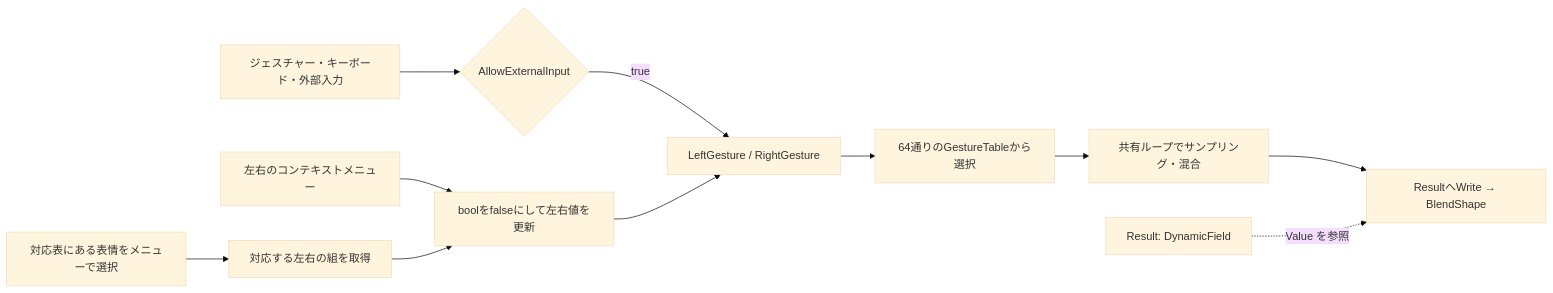
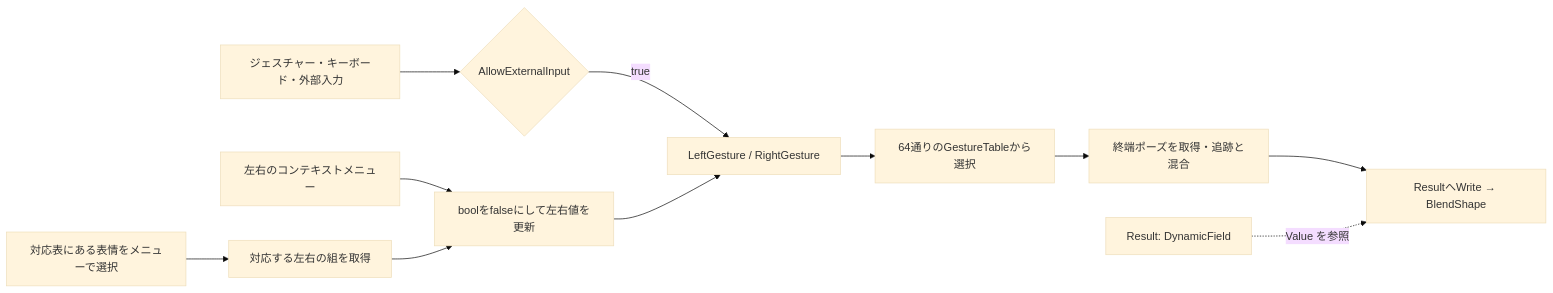
One commit to orange3134/VRMtoResonitePackage changed the diagram in docs/expression-system.md. Above: the diagram before and after it, drawn with Mermaid (base theme). The commit also changed other lines of this file and 10 other files, not shown here.

````diff
--- a/docs/expression-system.md
+++ b/docs/expression-system.md
@@ -18,13 +18,13 @@
 ```mermaid
 flowchart LR
     H[ジェスチャー・キーボード・外部入力] --> G{AllowExternalInput}
     G -->|true| S[LeftGesture / RightGesture]
     M[左右のコンテキストメニュー] --> L[boolをfalseにして左右値を更新]
     D[対応表にある表情をメニューで選択] --> T[対応する左右の組を取得]
     T --> L
     L --> S
     S --> P[64通りのGestureTableから選択]
-    P --> R[共有ループでサンプリング・混合]
+    P --> R[終端ポーズを取得・追跡と混合]
     R --> V[ResultへWrite → BlendShape]
     Result[Result: DynamicField] -. Value を参照 .-> V
 ```
````
